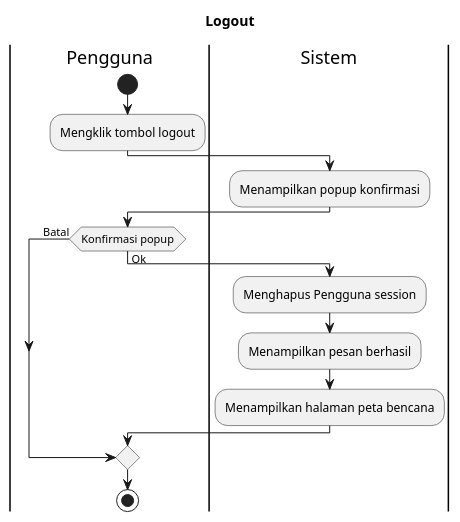
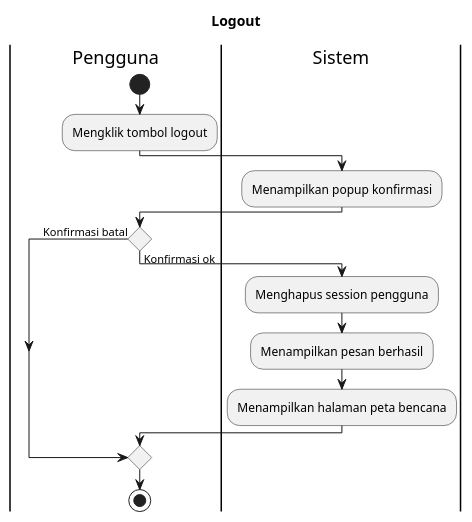
One commit to bagusNA/appl-diagrams changed the diagram in Activity Diagrams/UC-AUTH - Autentikasi/UC-AUTH-003 - Logout.puml. Above: the diagram before and after it, drawn with PlantUML. The commit also changed 35 other files, not shown here.

```diff
--- a/Activity Diagrams/UC-AUTH - Autentikasi/UC-AUTH-003 - Logout.puml
+++ b/Activity Diagrams/UC-AUTH - Autentikasi/UC-AUTH-003 - Logout.puml
@@ -1,24 +1,24 @@
 @startuml UC-AUTH-003 - Logout
 !pragma useVerticalIf on
 
 title Logout
 
 |Pengguna|
 start
 :Mengklik tombol logout;
 
 |Sistem|
 :Menampilkan popup konfirmasi;
 
 |Pengguna|
-if (Konfirmasi popup) then (Ok)
+if () then (Konfirmasi ok)
   |Sistem|
-  :Menghapus Pengguna session;
+  :Menghapus session pengguna;
   :Menampilkan pesan berhasil;
   :Menampilkan halaman peta bencana;
-else (Batal)
+else (Konfirmasi batal)
 endif 
 
 |Pengguna|
 stop
 @enduml
```
